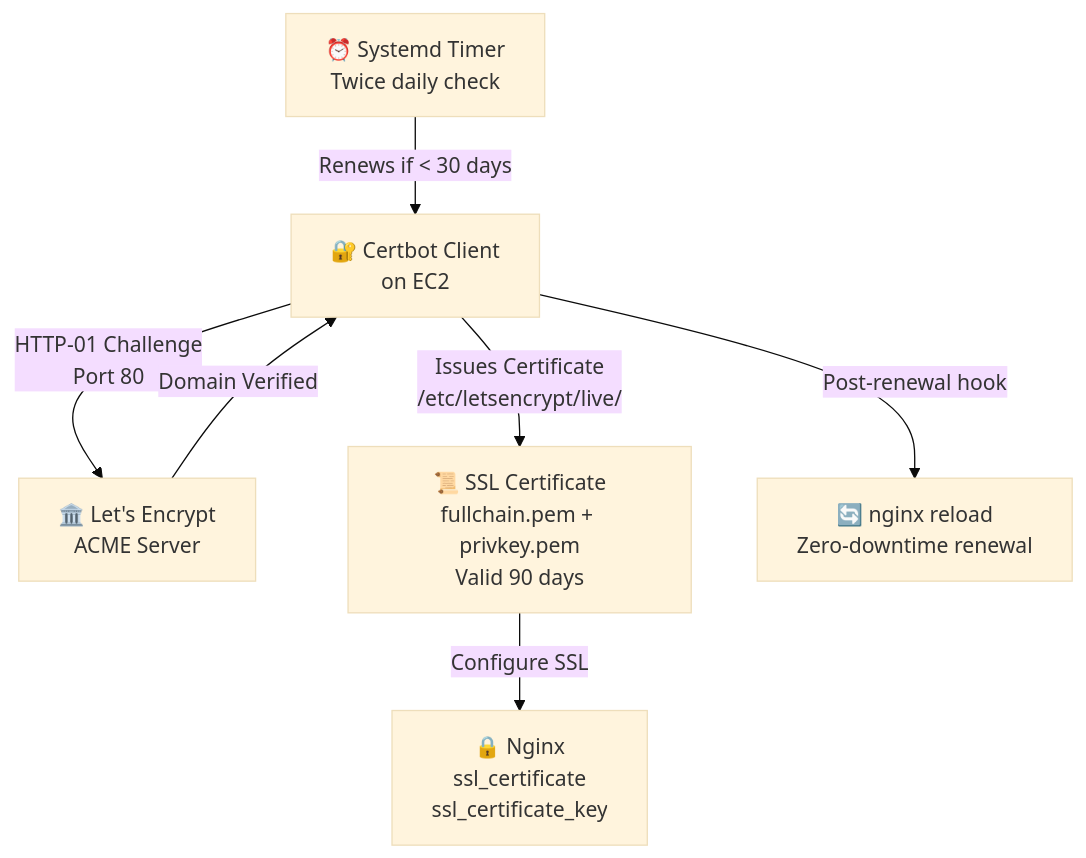
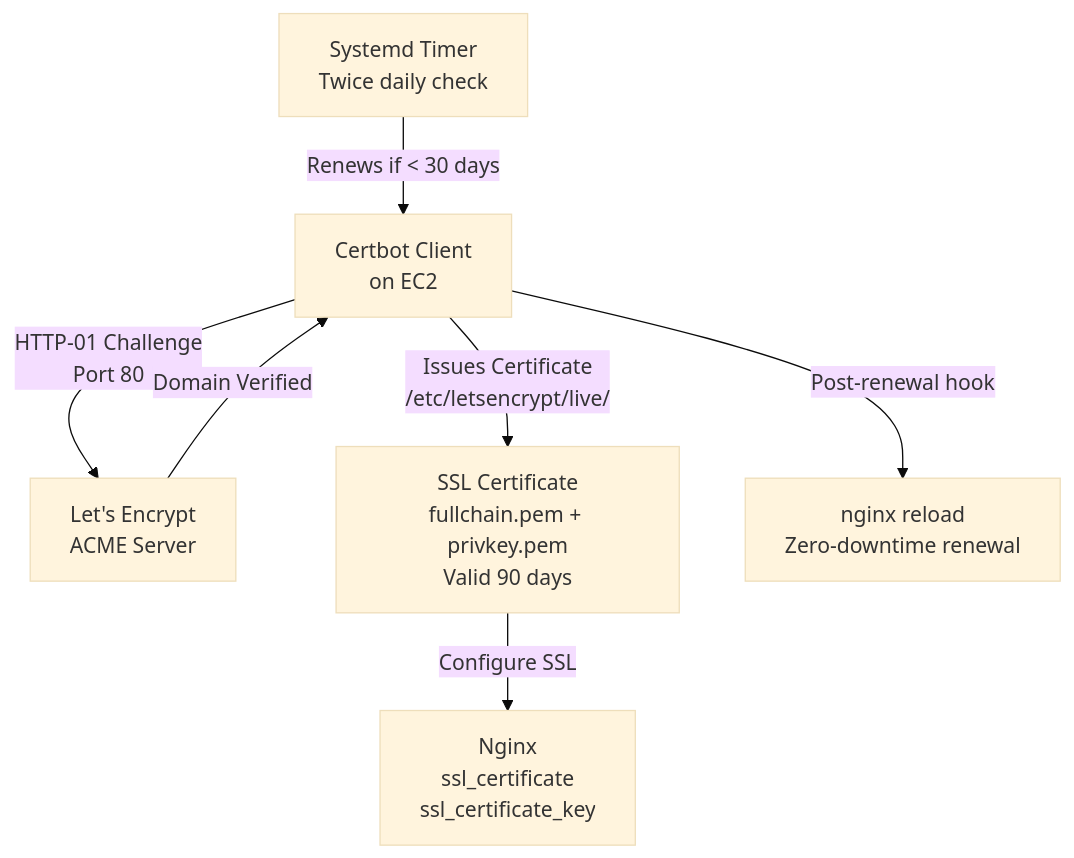
One commit to Harshit-Evalutation/node-web-app changed the fourth of 5 diagrams in docs/architecture.md. Above: the diagram before and after it, drawn with Mermaid (base theme). The commit also changed other lines of this file and 6 other files, not shown here.

````diff
--- a/docs/architecture.md
+++ b/docs/architecture.md
@@ -106,9 +109,9 @@
 ```mermaid
 flowchart TD
-    Certbot["🔐 Certbot Client<br/>on EC2"] -->|"HTTP-01 Challenge<br/>Port 80"| LE["🏛️ Let's Encrypt<br/>ACME Server"]
+    Certbot["Certbot Client<br/>on EC2"] -->|"HTTP-01 Challenge<br/>Port 80"| LE["Let's Encrypt<br/>ACME Server"]
     LE -->|"Domain Verified"| Certbot
-    Certbot -->|"Issues Certificate<br/>/etc/letsencrypt/live/"| Cert["📜 SSL Certificate<br/>fullchain.pem + privkey.pem<br/>Valid 90 days"]
-    Cert -->|"Configure SSL"| Nginx["🔒 Nginx<br/>ssl_certificate<br/>ssl_certificate_key"]
-    Timer["⏰ Systemd Timer<br/>Twice daily check"] -->|"Renews if < 30 days"| Certbot
-    Certbot -->|"Post-renewal hook"| Reload["🔄 nginx reload<br/>Zero-downtime renewal"]
+    Certbot -->|"Issues Certificate<br/>/etc/letsencrypt/live/"| Cert["SSL Certificate<br/>fullchain.pem + privkey.pem<br/>Valid 90 days"]
+    Cert -->|"Configure SSL"| Nginx["Nginx<br/>ssl_certificate<br/>ssl_certificate_key"]
+    Timer["Systemd Timer<br/>Twice daily check"] -->|"Renews if < 30 days"| Certbot
+    Certbot -->|"Post-renewal hook"| Reload["nginx reload<br/>Zero-downtime renewal"]
 ```
````
